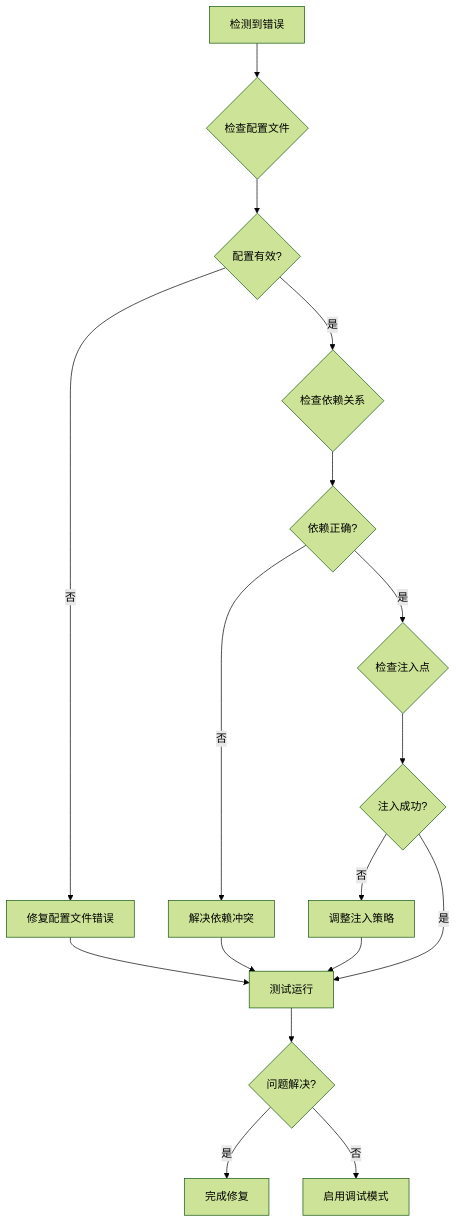
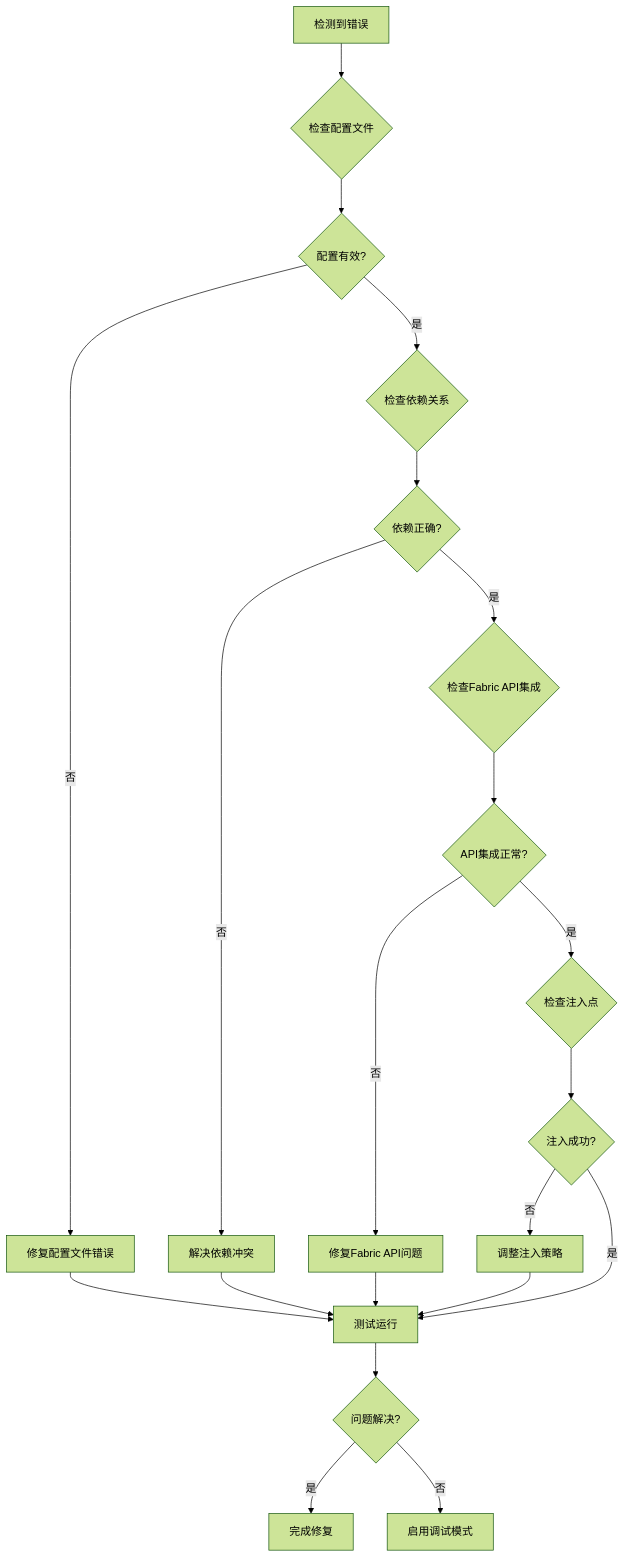
Diagram 14 of 14 in .qoder/repowiki/zh/content/Mixin代码扩展系统/Mixin代码扩展系统.md (Manager20211/AxonBodyCam2), drawn with Mermaid (forest theme) before and after one commit. The commit also changed other lines of this file and 11 other files, not shown here.

````diff
--- a/.qoder/repowiki/zh/content/Mixin代码扩展系统/Mixin代码扩展系统.md
+++ b/.qoder/repowiki/zh/content/Mixin代码扩展系统/Mixin代码扩展系统.md
@@ -454,19 +599,23 @@
 ```mermaid
 flowchart TD
 ErrorDetected[检测到错误] --> CheckConfig{检查配置文件}
 CheckConfig --> ConfigOK{配置有效?}
 ConfigOK --> |否| FixConfig["修复配置文件错误"]
 ConfigOK --> |是| CheckDependencies{检查依赖关系}
 CheckDependencies --> DepsOK{依赖正确?}
 DepsOK --> |否| FixDeps["解决依赖冲突"]
-DepsOK --> |是| CheckInjection{检查注入点}
+DepsOK --> |是| CheckFabricAPI{检查Fabric API集成}
+CheckFabricAPI --> APIOK{API集成正常?}
+APIOK --> |否| FixAPI["修复Fabric API问题"]
+APIOK --> |是| CheckInjection{检查注入点}
 CheckInjection --> InjectOK{注入成功?}
 InjectOK --> |否| FixInjection["调整注入策略"]
 InjectOK --> |是| TestRun["测试运行"]
 FixConfig --> TestRun
 FixDeps --> TestRun
+FixAPI --> TestRun
 FixInjection --> TestRun
 TestRun --> Success{问题解决?}
 Success --> |是| Complete[完成修复]
 Success --> |否| DebugMode["启用调试模式"]
 ```
````
